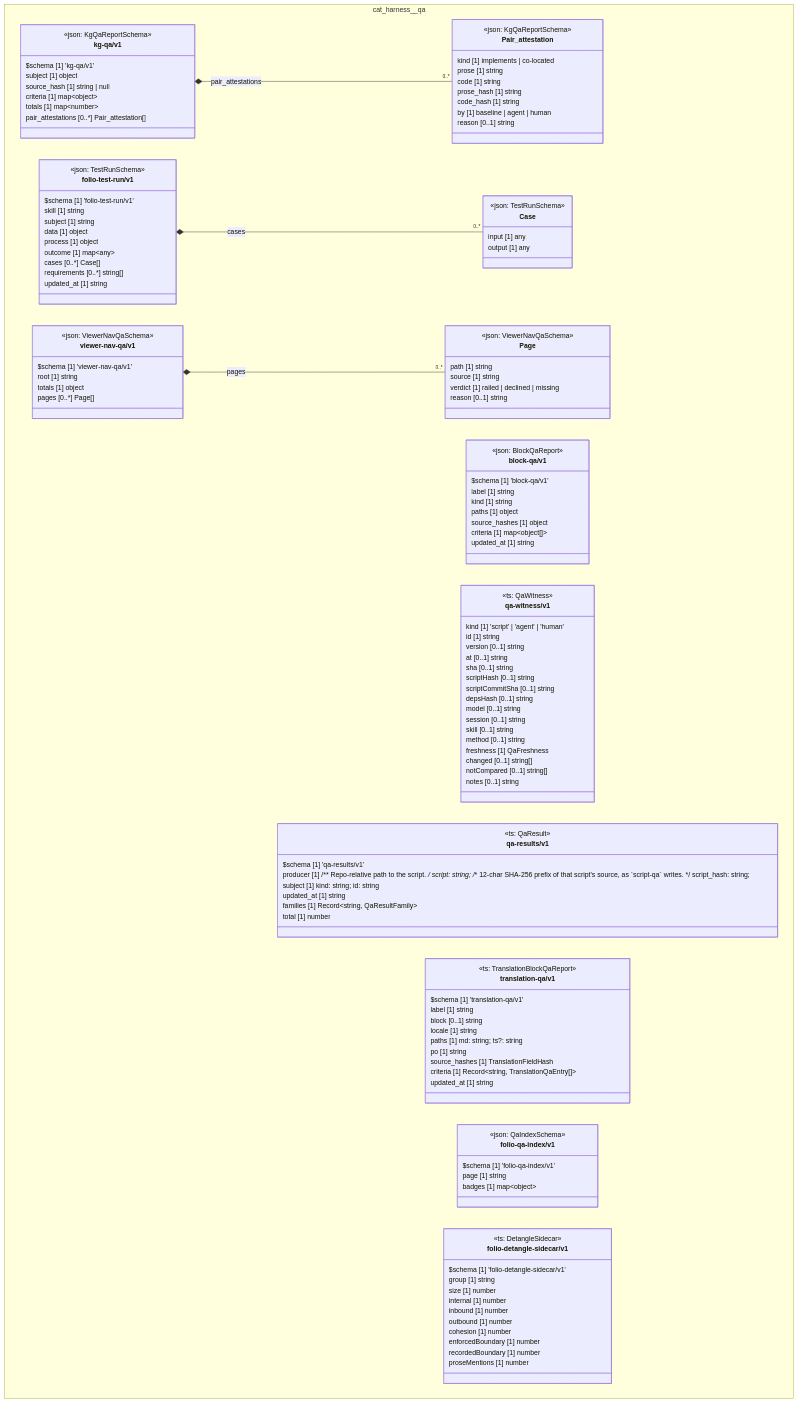
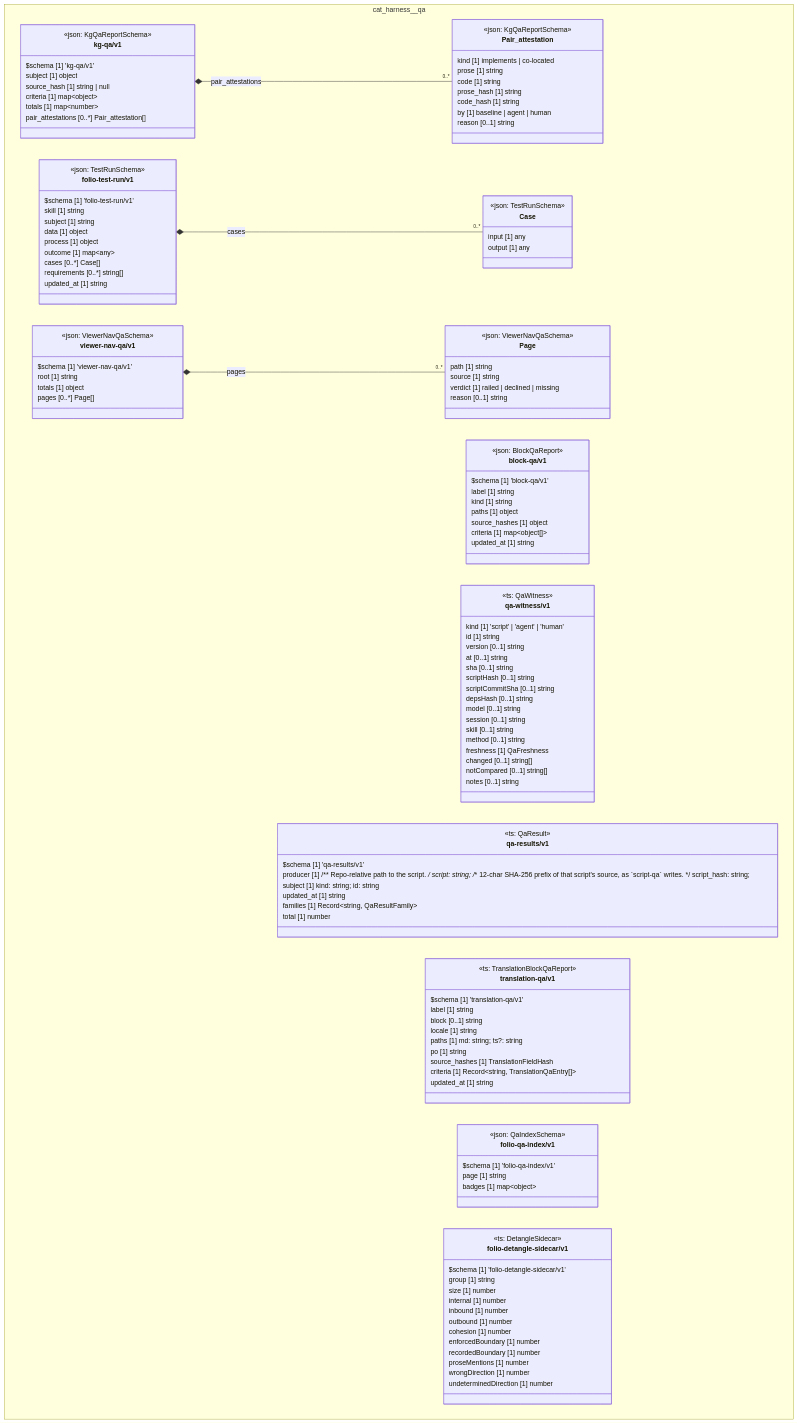
One commit to litlfred/folio-assistant changed the diagram in cat-harness/docs/uml/overview/cat-harness/qa.md. Above: the diagram before and after it, drawn with Mermaid. The commit also changed 41 other files, not shown here.

```diff
--- a/cat-harness/docs/uml/overview/cat-harness/qa.md
+++ b/cat-harness/docs/uml/overview/cat-harness/qa.md
@@ -146,6 +146,8 @@
       enforcedBoundary [1] number
       recordedBoundary [1] number
       proseMentions [1] number
+      wrongDirection [1] number
+      undeterminedDirection [1] number
     }
     class cat_harness_qa_viewer_nav_qa_v1_Page["Page"] {
       <<json: ViewerNavQaSchema>>
```
